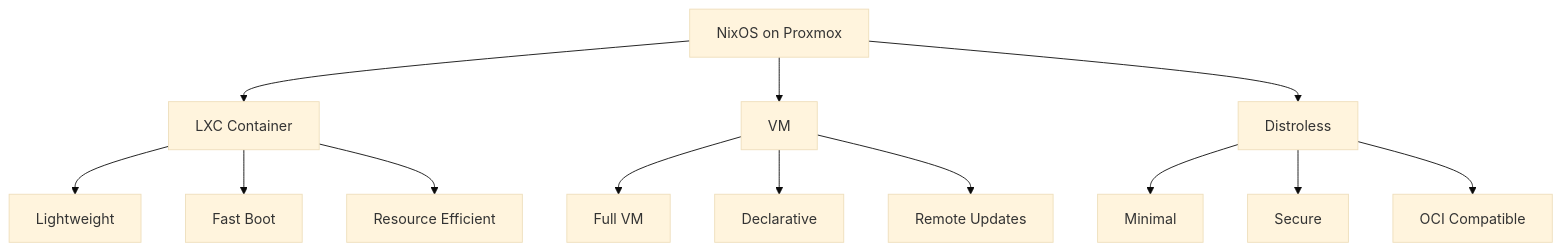
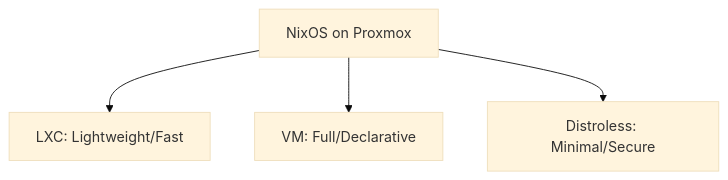
The first of 6 diagrams in docs/guides/nixos-on-proxmox.md (Hydepwns/nix-mox), drawn with Mermaid (base theme) before and after one commit. The commit also changed other lines of this file and 145 other files, not shown here.

````diff
--- a/docs/guides/nixos-on-proxmox.md
+++ b/docs/guides/nixos-on-proxmox.md
@@ -7,18 +5,6 @@
 ```mermaid
 graph TD
-    A[NixOS on Proxmox] --> B[LXC Container]
-    A --> C[VM]
-    A --> D[Distroless]
-    
-    B --> B1[Lightweight]
-    B --> B2[Fast Boot]
-    B --> B3[Resource Efficient]
-    
-    C --> C1[Full VM]
-    C --> C2[Declarative]
-    C --> C3[Remote Updates]
-    
-    D --> D1[Minimal]
-    D --> D2[Secure]
-    D --> D3[OCI Compatible]
+    A[NixOS on Proxmox] --> B[LXC: Lightweight/Fast]
+    A --> C[VM: Full/Declarative]
+    A --> D[Distroless: Minimal/Secure]
 ```
````
